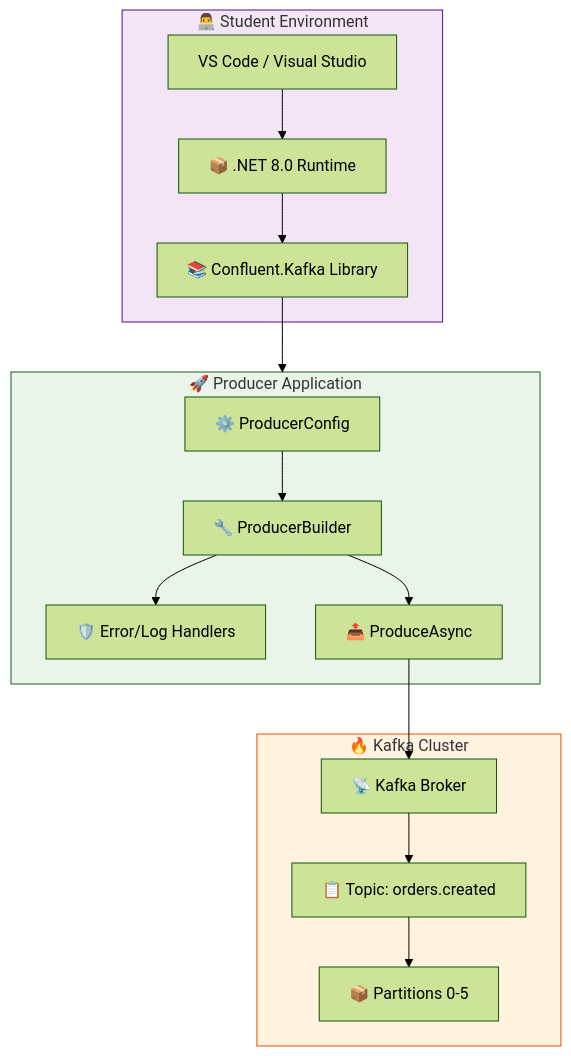
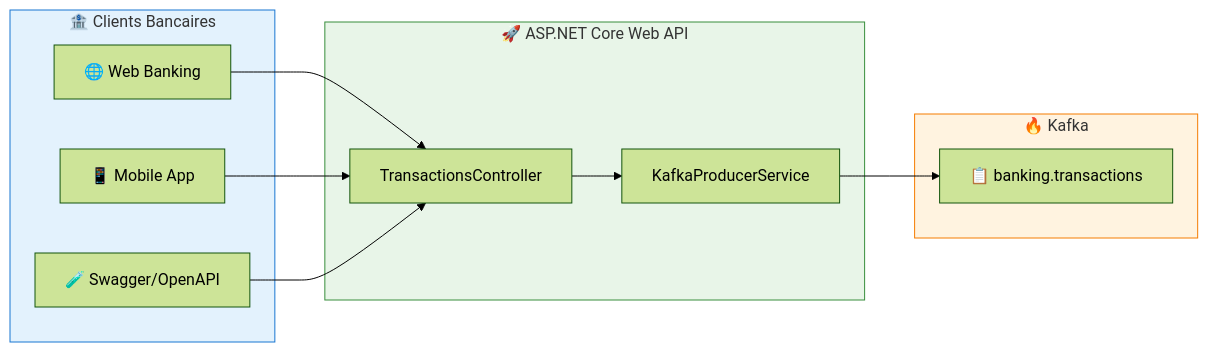
Before and after one commit to msellamiTN/formation--kafka-dotnet: the first of 3 diagrams in day-01-foundations/module-02-producer/lab-1.2a-producer-basic/README.md, drawn with Mermaid (forest theme). The commit also changed other lines of this file and 8 other files, not shown here.

First line of the commit message:
feat: Convert LAB 1.2A from console producer to ASP.NET Core Web API with e-banking context

````diff
--- a/day-01-foundations/module-02-producer/lab-1.2a-producer-basic/README.md
+++ b/day-01-foundations/module-02-producer/lab-1.2a-producer-basic/README.md
@@ -53,37 +9,27 @@
 ```mermaid
-flowchart TB
-    subgraph StudentWorkstation["👨‍💻 Student Environment"]
-        VSCode["VS Code / Visual Studio"]
-        DotNet["📦 .NET 8.0 Runtime"]
-        KafkaLib["📚 Confluent.Kafka Library"]
+flowchart LR
+    subgraph Clients["🏦 Clients Bancaires"]
+        Web["🌐 Web Banking"]
+        Mobile["📱 Mobile App"]
+        Swagger["🧪 Swagger/OpenAPI"]
     end
-    
-    subgraph ProducerApp["🚀 Producer Application"]
-        Config["⚙️ ProducerConfig"]
-        Builder["🔧 ProducerBuilder"]
-        Handlers["🛡️ Error/Log Handlers"]
-        Sender["📤 ProduceAsync"]
+
+    subgraph API["🚀 ASP.NET Core Web API"]
+        TC["TransactionsController"]
+        KPS["KafkaProducerService"]
     end
-    
-    subgraph KafkaCluster["🔥 Kafka Cluster"]
-        Broker["📡 Kafka Broker"]
-        Topic["📋 Topic: orders.created"]
-        Partitions["📦 Partitions 0-5"]
+
+    subgraph Kafka["🔥 Kafka"]
+        T["📋 banking.transactions"]
     end
-    
-    VSCode --> DotNet
-    DotNet --> KafkaLib
-    KafkaLib --> ProducerApp
-    
-    Config --> Builder
-    Builder --> Handlers
-    Builder --> Sender
-    
-    Sender --> Broker
-    Broker --> Topic
-    Topic --> Partitions
-    
-    style StudentWorkstation fill:#f3e5f5,stroke:#4a148c
-    style ProducerApp fill:#e8f5e8,stroke:#1b5e20
-    style KafkaCluster fill:#fff3e0,stroke:#e65100
+
+    Web --> TC
+    Mobile --> TC
+    Swagger --> TC
+    TC --> KPS
+    KPS --> T
+
+    style Clients fill:#e3f2fd,stroke:#1976d2
+    style API fill:#e8f5e8,stroke:#388e3c
+    style Kafka fill:#fff3e0,stroke:#f57c00
 ```
````
